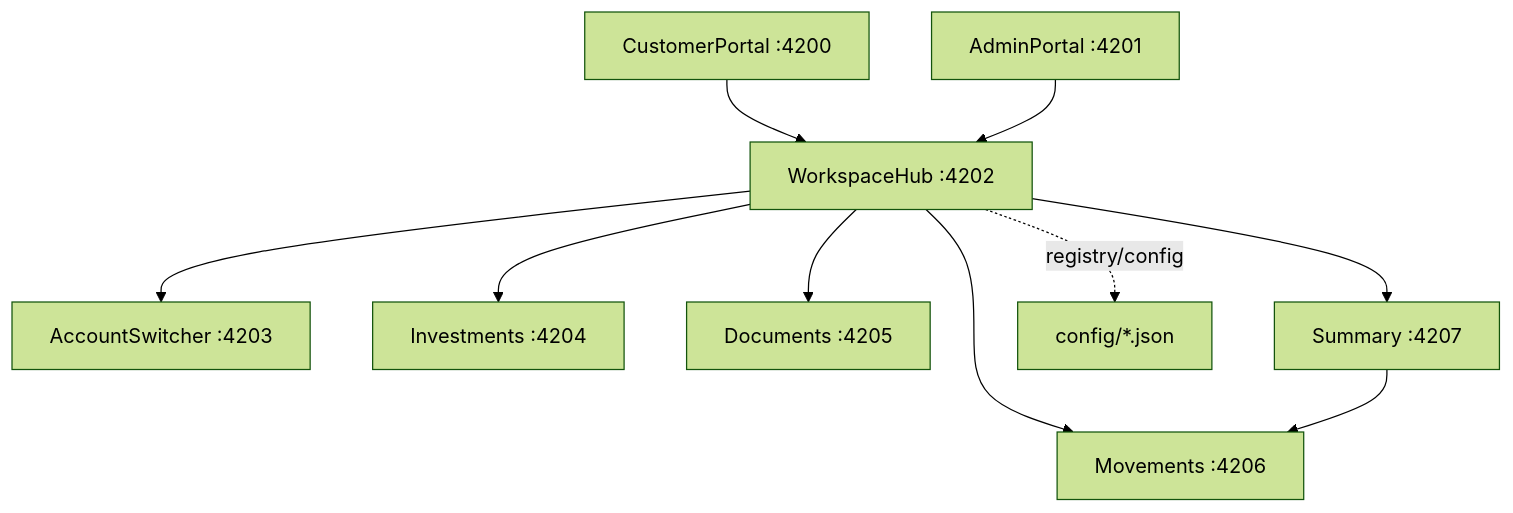
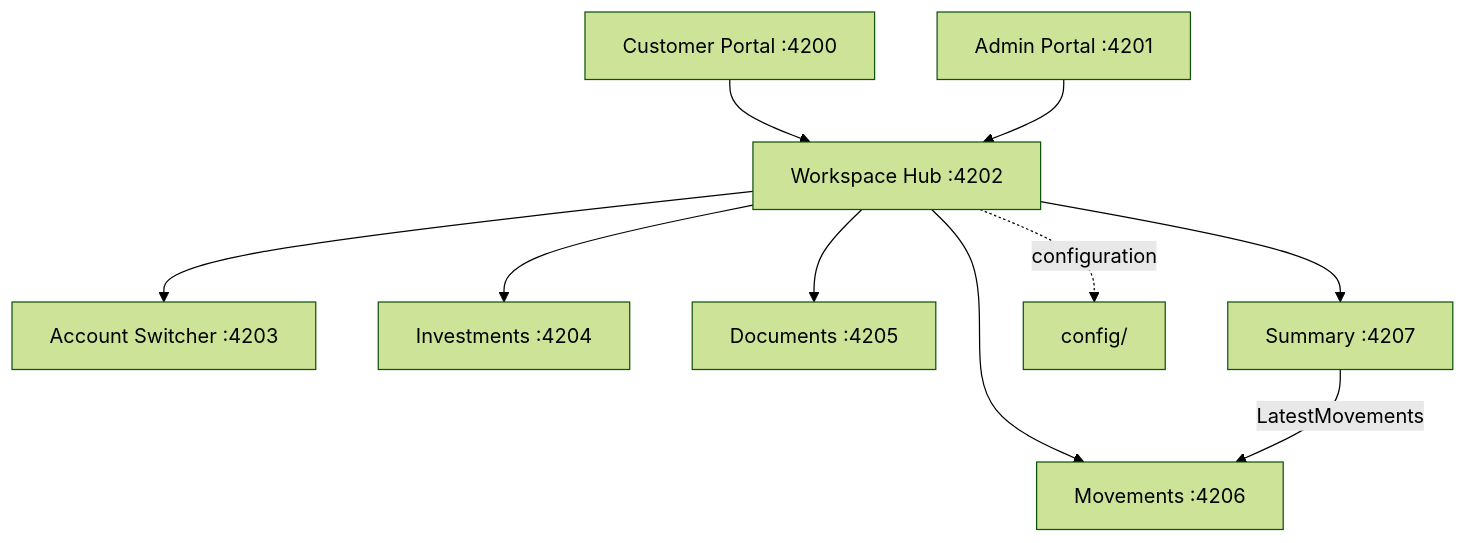
One commit to Bxnju/Nexus changed the diagram in docs/ARCHITECTURE.md. Above: the diagram before and after it, drawn with Mermaid (forest theme). The commit also changed other lines of this file and 1 other file, not shown here.

Commit message:
Update README and ARCHITECTURE documentation for clarity and consistency

````diff
--- a/docs/ARCHITECTURE.md
+++ b/docs/ARCHITECTURE.md
@@ -3,12 +22,12 @@
 ```mermaid
 graph TD
-  C[CustomerPortal :4200] --> H[WorkspaceHub :4202]
-  A[AdminPortal :4201] --> H
-  H --> AS[AccountSwitcher :4203]
+  C[Customer Portal :4200] --> H[Workspace Hub :4202]
+  A[Admin Portal :4201] --> H
+  H --> AS[Account Switcher :4203]
   H --> I[Investments :4204]
   H --> D[Documents :4205]
   H --> M[Movements :4206]
-  H --> SU[Summary :4207]
-  SU --> M
-  H -. registry/config .-> R[config/*.json]
+  H --> S[Summary :4207]
+  S -->|LatestMovements| M
+  H -. configuration .-> R[config/]
 ```
````
